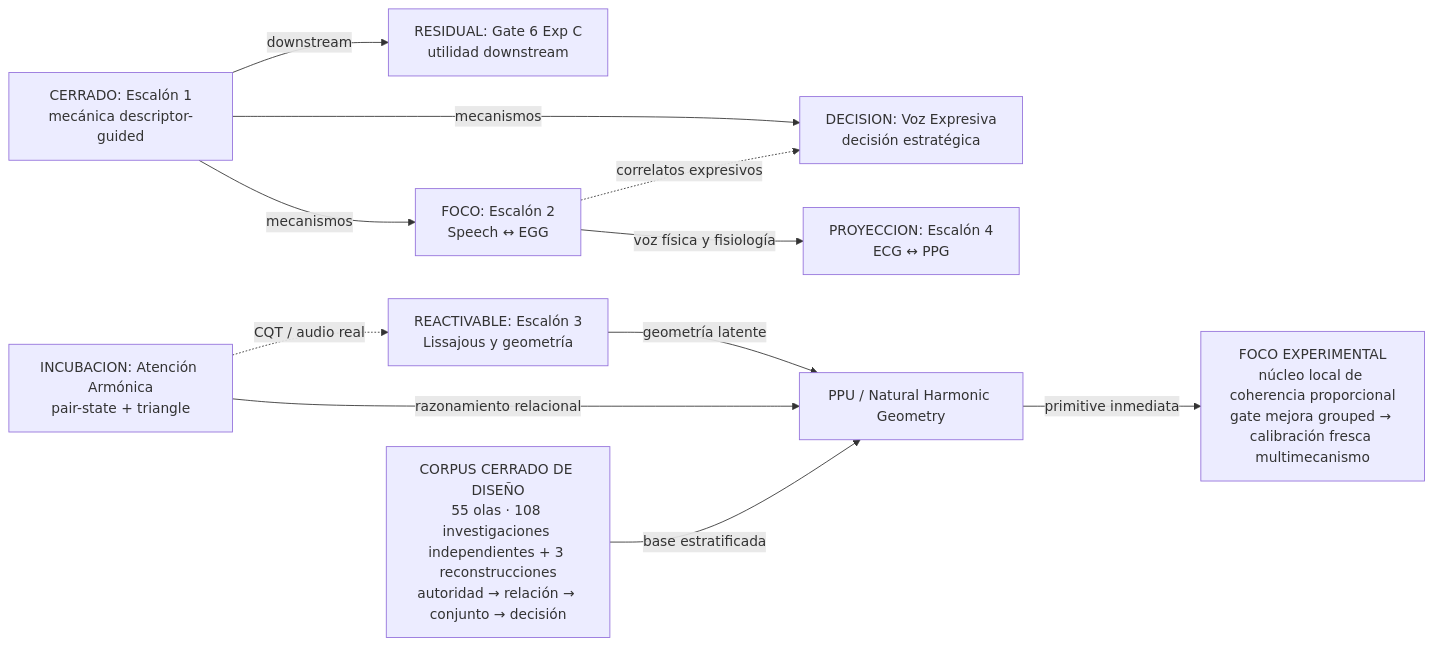
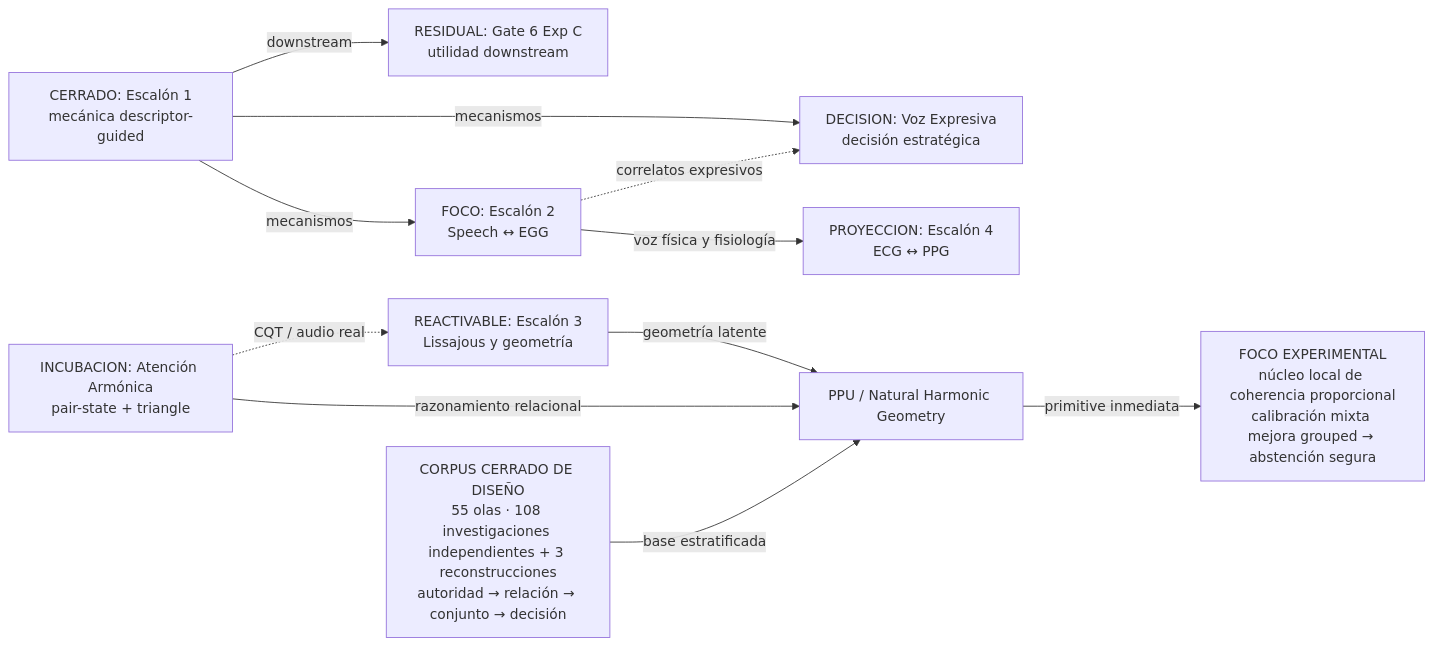
The first of 2 diagrams in Documents/05_WIKI/MAPA_VISUAL_DEL_PROGRAMA.md (Mar-IA-no/Phideus), drawn with Mermaid before and after one commit. The commit also changed other lines of this file and 10 other files, not shown here.

````diff
--- a/Documents/05_WIKI/MAPA_VISUAL_DEL_PROGRAMA.md
+++ b/Documents/05_WIKI/MAPA_VISUAL_DEL_PROGRAMA.md
@@ -43,24 +43,24 @@
 ```mermaid
 flowchart LR
     E1["CERRADO: Escalón 1<br/>mecánica descriptor-guided"]
     G6["RESIDUAL: Gate 6 Exp C<br/>utilidad downstream"]
     E2["FOCO: Escalón 2<br/>Speech ↔ EGG"]
     VE["DECISION: Voz Expresiva<br/>decisión estratégica"]
     E3["REACTIVABLE: Escalón 3<br/>Lissajous y geometría"]
     AA["INCUBACION: Atención Armónica<br/>pair-state + triangle"]
     E4["PROYECCION: Escalón 4<br/>ECG ↔ PPG"]
     PPU["PPU / Natural Harmonic Geometry"]
     GT["CORPUS CERRADO DE DISEÑO<br/>55 olas · 108 investigaciones independientes + 3 reconstrucciones<br/>autoridad → relación → conjunto → decisión"]
-    NCP["FOCO EXPERIMENTAL<br/>núcleo local de coherencia proporcional<br/>gate mejora grouped → calibración fresca multimecanismo"]
+    NCP["FOCO EXPERIMENTAL<br/>núcleo local de coherencia proporcional<br/>calibración mixta mejora grouped → abstención segura"]
 
     E1 -->|mecanismos| E2
     E1 -->|mecanismos| VE
     E1 -->|downstream| G6
     E2 -->|voz física y fisiología| E4
     E2 -.->|correlatos expresivos| VE
     E3 -->|geometría latente| PPU
     AA -->|razonamiento relacional| PPU
     GT -->|base estratificada| PPU
     PPU -->|primitive inmediata| NCP
     AA -.->|CQT / audio real| E3
 ```
````
